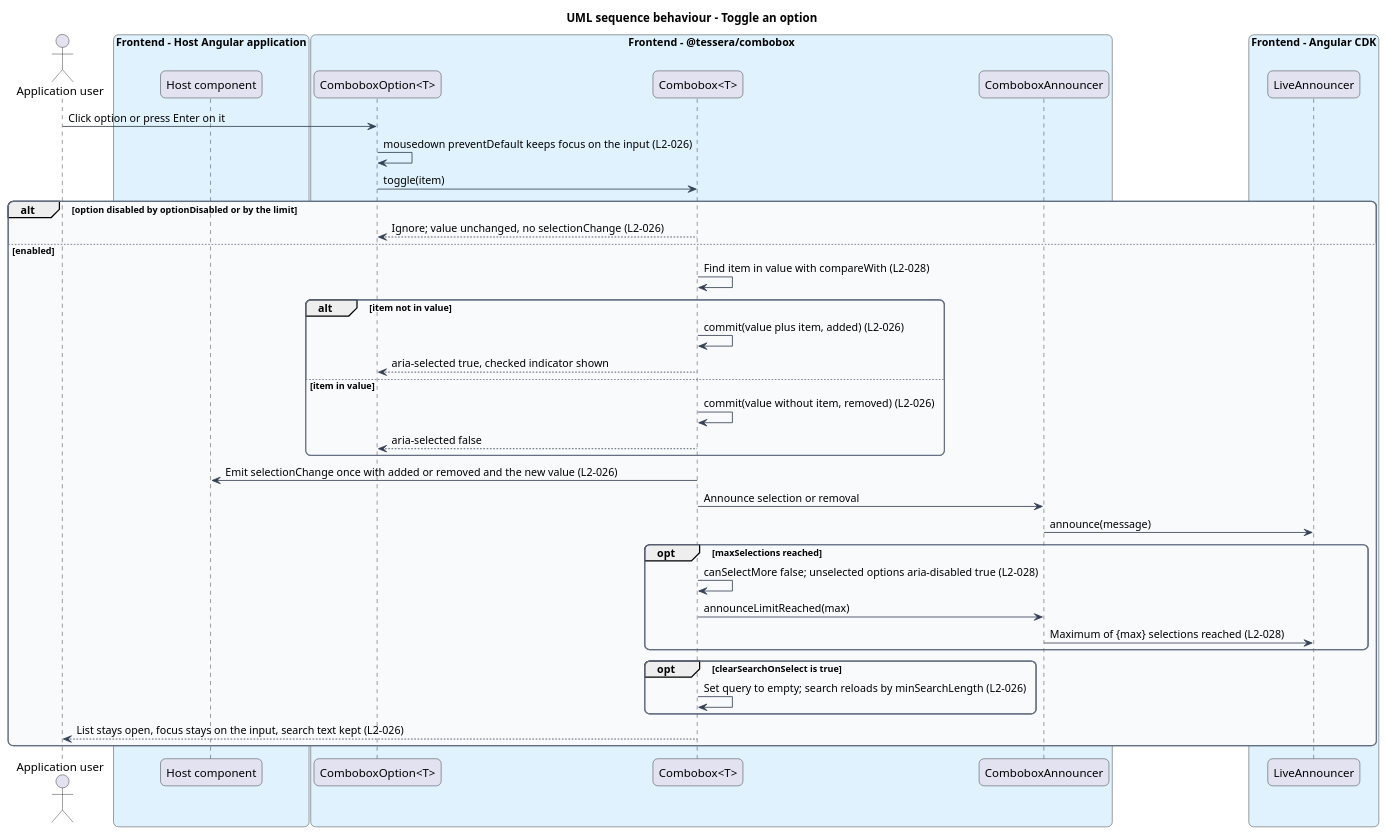
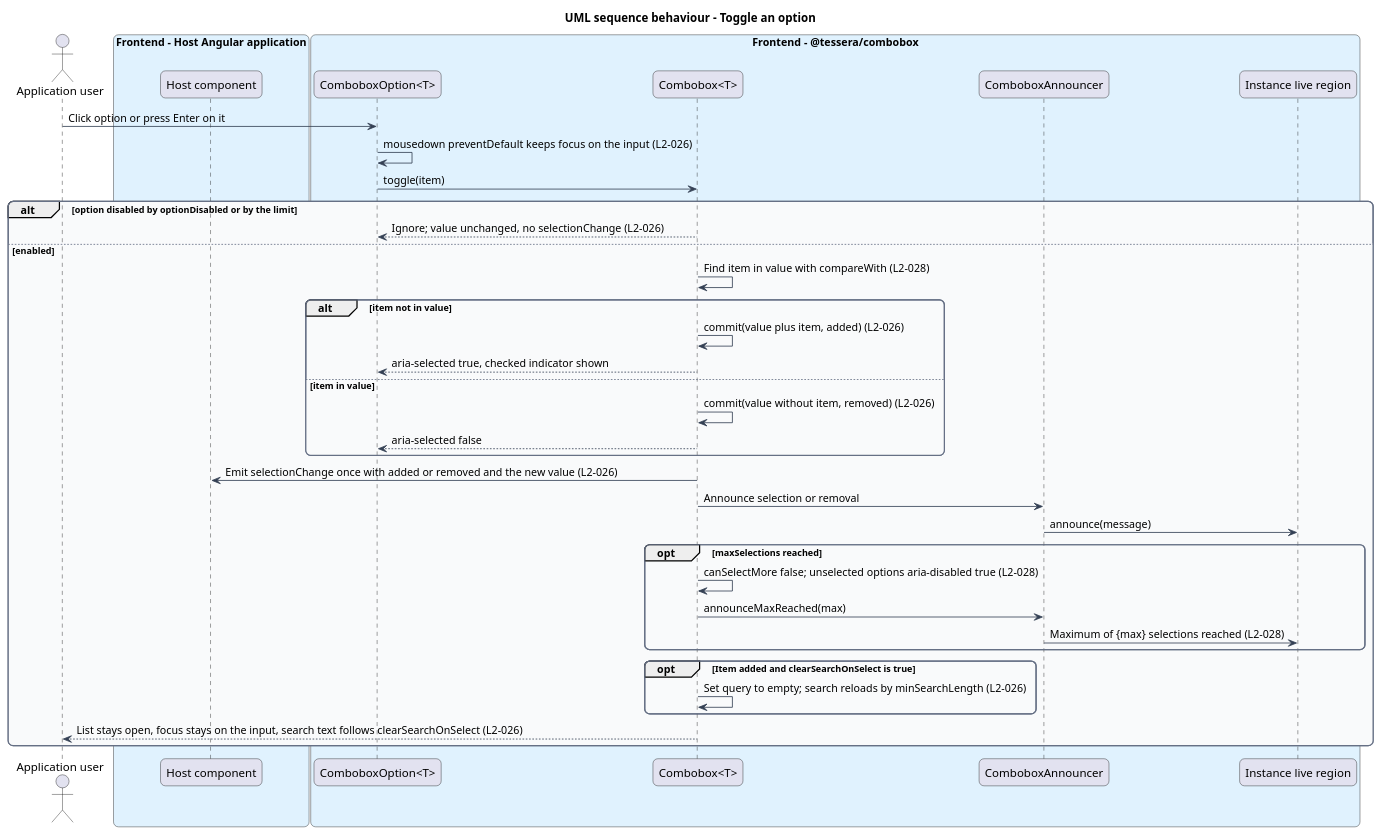
One commit to QuinntyneBrown/Tessera changed the diagram in docs/detailed-designs/combobox/select-values/diagrams/sequence-toggle-option.puml. Above: the diagram before and after it, drawn with PlantUML. The commit also changed 80 other files, not shown here.

Commit message:
docs: align combobox designs diagrams and mock behavior

```diff
--- a/docs/detailed-designs/combobox/select-values/diagrams/sequence-toggle-option.puml
+++ b/docs/detailed-designs/combobox/select-values/diagrams/sequence-toggle-option.puml
@@ -1,57 +1,55 @@
 @startuml
 title UML sequence behaviour - Toggle an option
 skinparam backgroundColor #FFFFFF
 skinparam shadowing false
 skinparam roundcorner 12
 skinparam defaultFontName Arial
 skinparam ArrowColor #344054
 skinparam rectangle {
   BorderColor #344054
   FontColor #101828
 }
 skinparam package {
   BorderColor #667085
   FontColor #101828
   BackgroundColor #F9FAFB
 }
 actor "Application user" as user
 box "Frontend - Host Angular application" #E0F2FE
   participant "Host component" as host
 end box
 box "Frontend - @tessera/combobox" #E0F2FE
   participant "ComboboxOption<T>" as option
   participant "Combobox<T>" as combo
   participant "ComboboxAnnouncer" as announcer
-end box
-box "Frontend - Angular CDK" #E0F2FE
-  participant "LiveAnnouncer" as live
+  participant "Instance live region" as live
 end box
 
 user -> option : Click option or press Enter on it
 option -> option : mousedown preventDefault keeps focus on the input (L2-026)
 option -> combo : toggle(item)
 alt option disabled by optionDisabled or by the limit
   combo --> option : Ignore; value unchanged, no selectionChange (L2-026)
 else enabled
   combo -> combo : Find item in value with compareWith (L2-028)
   alt item not in value
     combo -> combo : commit(value plus item, added) (L2-026)
     combo --> option : aria-selected true, checked indicator shown
   else item in value
     combo -> combo : commit(value without item, removed) (L2-026)
     combo --> option : aria-selected false
   end
   combo -> host : Emit selectionChange once with added or removed and the new value (L2-026)
   combo -> announcer : Announce selection or removal
   announcer -> live : announce(message)
   opt maxSelections reached
     combo -> combo : canSelectMore false; unselected options aria-disabled true (L2-028)
-    combo -> announcer : announceLimitReached(max)
+    combo -> announcer : announceMaxReached(max)
     announcer -> live : Maximum of {max} selections reached (L2-028)
   end
-  opt clearSearchOnSelect is true
+  opt Item added and clearSearchOnSelect is true
     combo -> combo : Set query to empty; search reloads by minSearchLength (L2-026)
   end
-  combo --> user : List stays open, focus stays on the input, search text kept (L2-026)
+  combo --> user : List stays open, focus stays on the input, search text follows clearSearchOnSelect (L2-026)
 end
 @enduml
```
